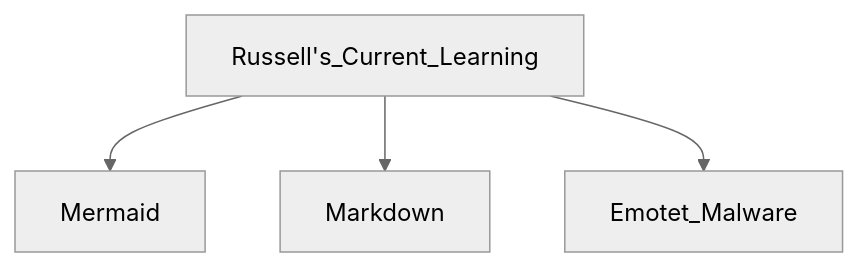
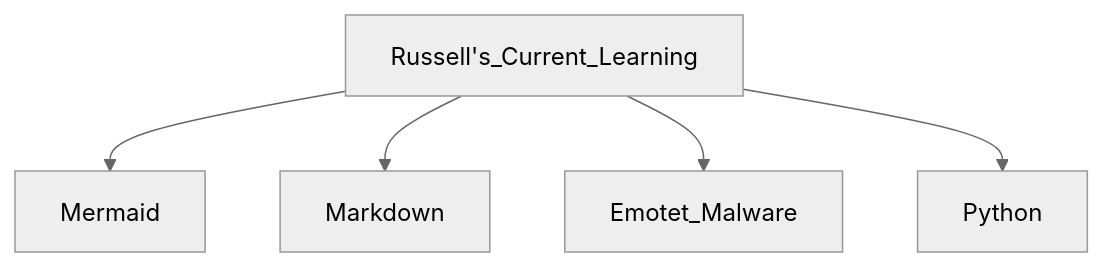
One commit to jalar71/jalar71.github.io changed the diagram in _posts/2026-11-09-current-learning.md. Above: the diagram before and after it, drawn with Mermaid (neutral theme).

Commit message:
Add Python to current learning topics

````diff
--- a/_posts/2026-11-09-current-learning.md
+++ b/_posts/2026-11-09-current-learning.md
@@ -15,6 +15,7 @@
 ```mermaid
 graph TD
 Russell's_Current_Learning --> Mermaid
 Russell's_Current_Learning --> Markdown
 Russell's_Current_Learning --> Emotet_Malware
+Russell's_Current_Learning --> Python
 ```
````
